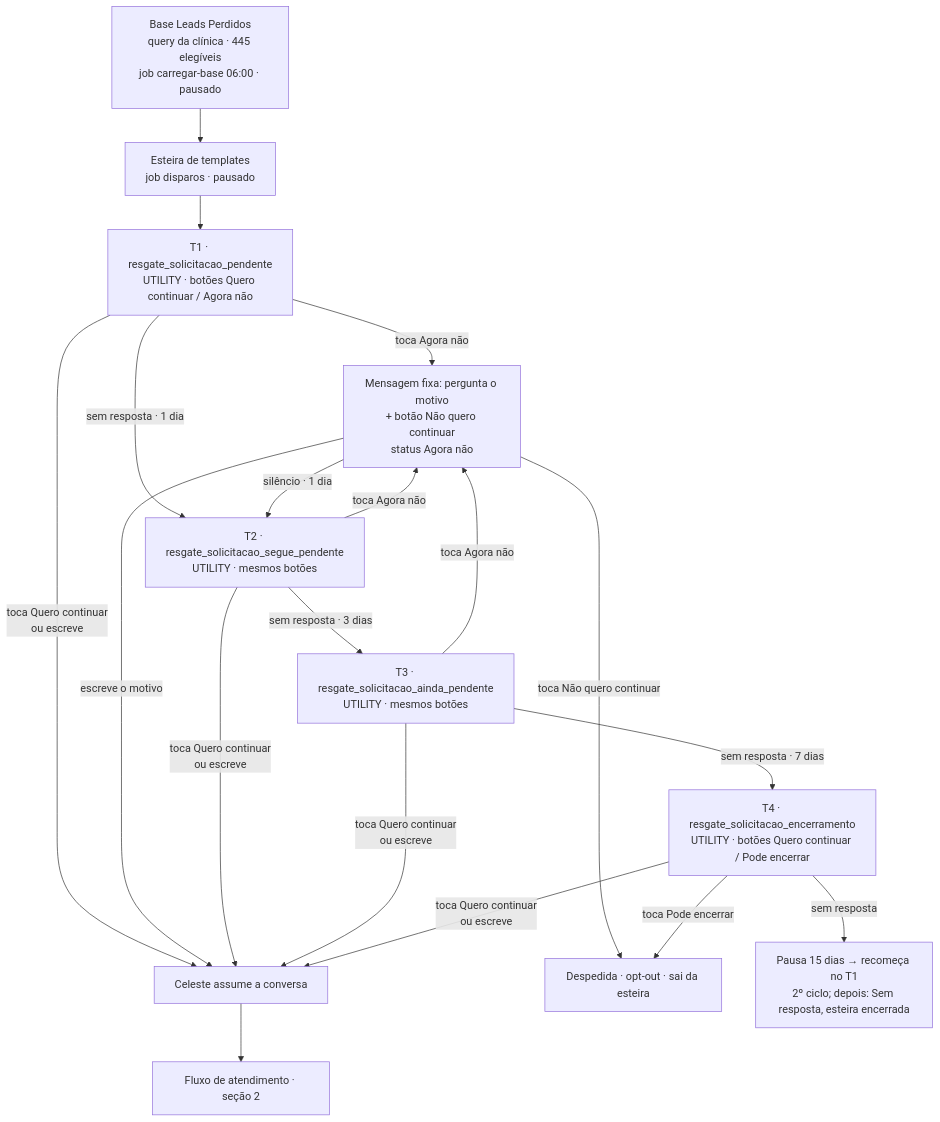
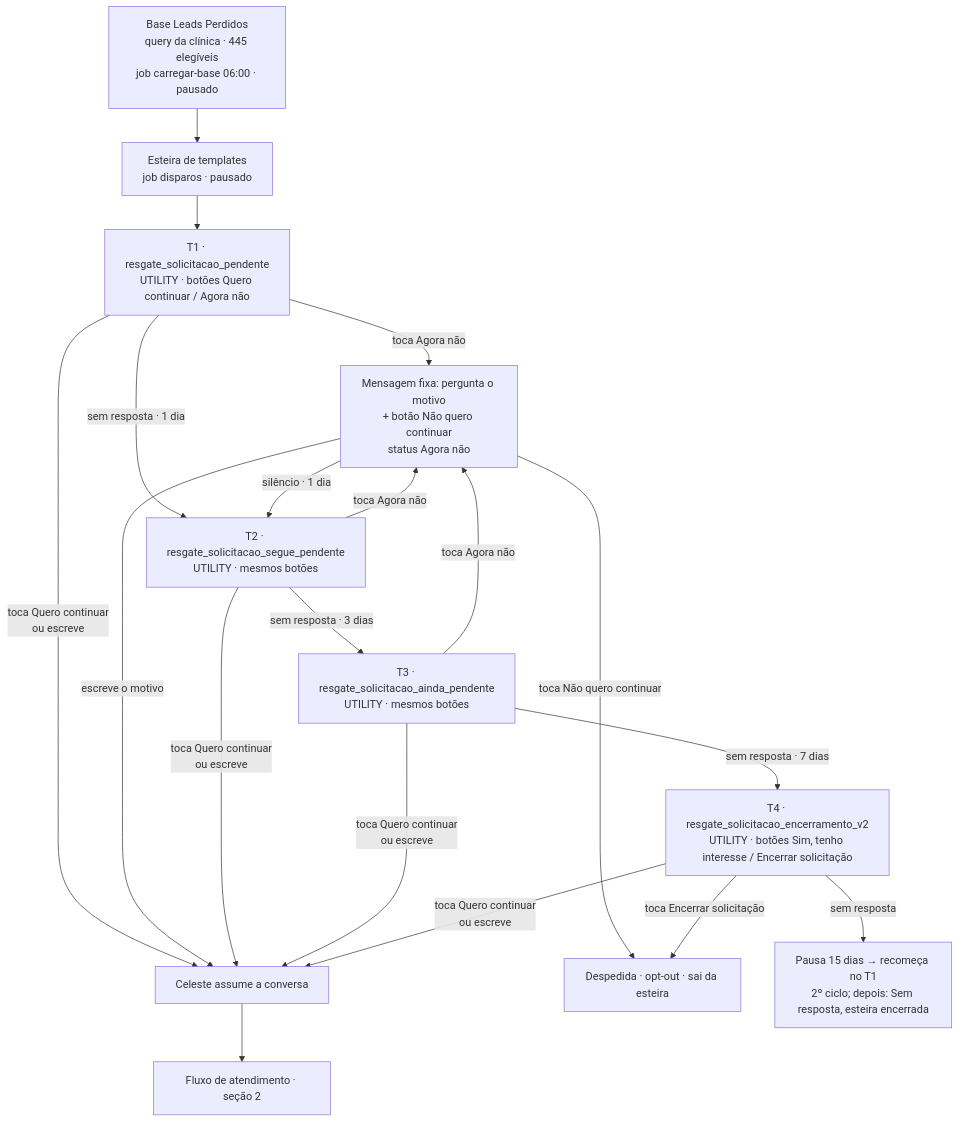
Before and after one commit to celeste-passoni/celeste-passoni: the first of 2 diagrams in docs/fluxo-leads-perdidos.md, drawn with Mermaid. The commit also changed 5 other files, not shown here.

First line of the commit message:
T4 v2 (decisão da clínica, 03/11/2026): botões 'Sim, tenho interesse' e 'Encerrar solicitação'

````diff
--- a/docs/fluxo-leads-perdidos.md
+++ b/docs/fluxo-leads-perdidos.md
@@ -7,21 +7,21 @@
 ```mermaid
 flowchart TD
     A[Base Leads Perdidos<br/>query da clínica · 445 elegíveis<br/>job carregar-base 06:00 · pausado] --> B[Esteira de templates<br/>job disparos · pausado]
     B --> T1[T1 · resgate_solicitacao_pendente<br/>UTILITY · botões Quero continuar / Agora não]
     T1 -->|toca Quero continuar<br/>ou escreve| C[Celeste assume a conversa]
     T1 -->|toca Agora não| AN[Mensagem fixa: pergunta o motivo<br/>+ botão Não quero continuar<br/>status Agora não]
     T1 -->|sem resposta · 1 dia| T2[T2 · resgate_solicitacao_segue_pendente<br/>UTILITY · mesmos botões]
     AN -->|escreve o motivo| C
     AN -->|toca Não quero continuar| OUT[Despedida · opt-out · sai da esteira]
     AN -->|silêncio · 1 dia| T2
     T2 -->|toca Quero continuar<br/>ou escreve| C
     T2 -->|toca Agora não| AN
     T2 -->|sem resposta · 3 dias| T3[T3 · resgate_solicitacao_ainda_pendente<br/>UTILITY · mesmos botões]
     T3 -->|toca Quero continuar<br/>ou escreve| C
     T3 -->|toca Agora não| AN
-    T3 -->|sem resposta · 7 dias| T4[T4 · resgate_solicitacao_encerramento<br/>UTILITY · botões Quero continuar / Pode encerrar]
+    T3 -->|sem resposta · 7 dias| T4[T4 · resgate_solicitacao_encerramento_v2<br/>UTILITY · botões Sim, tenho interesse / Encerrar solicitação]
     T4 -->|toca Quero continuar<br/>ou escreve| C
-    T4 -->|toca Pode encerrar| OUT
+    T4 -->|toca Encerrar solicitação| OUT
     T4 -->|sem resposta| P[Pausa 15 dias → recomeça no T1<br/>2º ciclo; depois: Sem resposta, esteira encerrada]
     C --> F[Fluxo de atendimento · seção 2]
 ```
````
